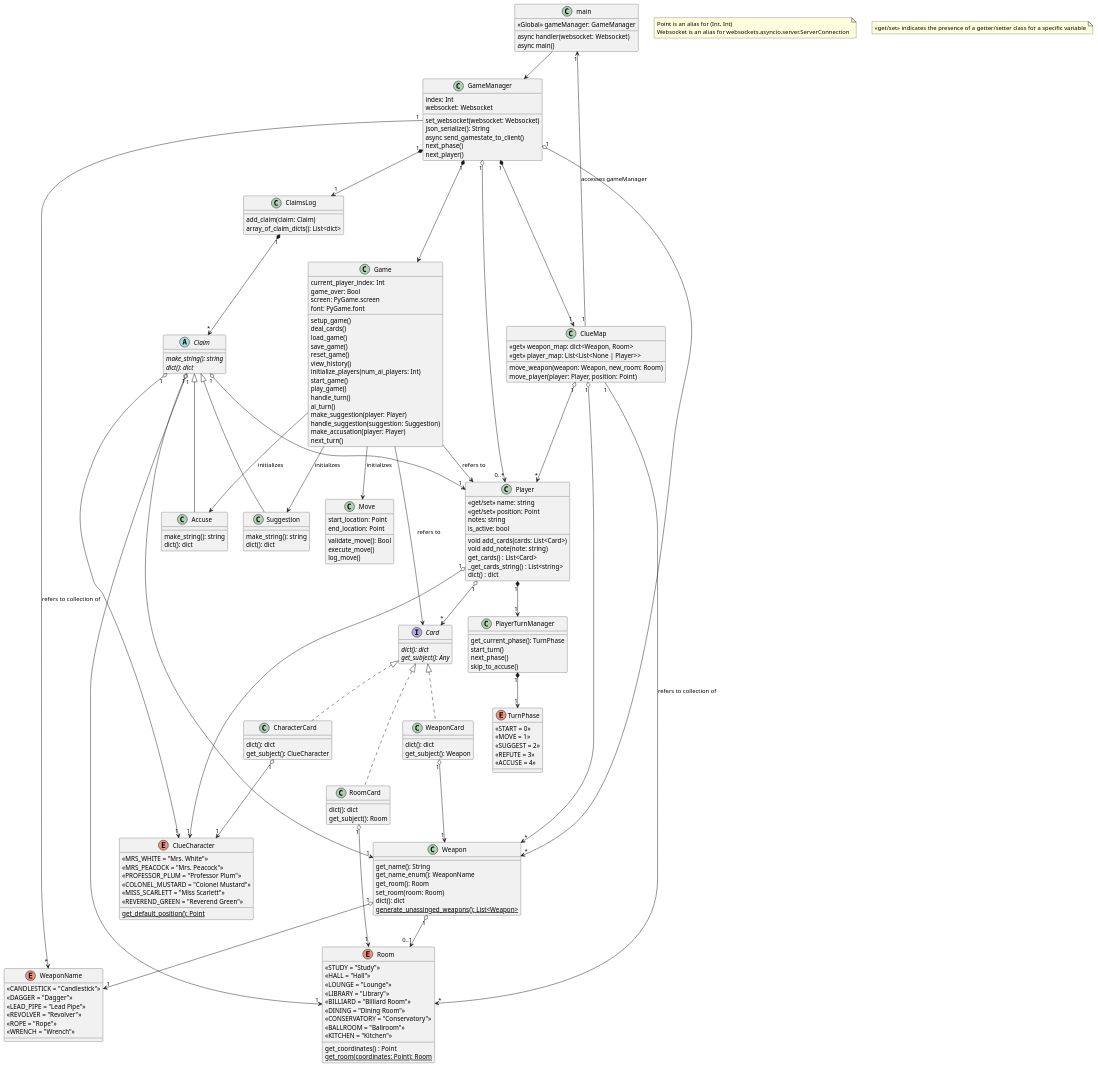
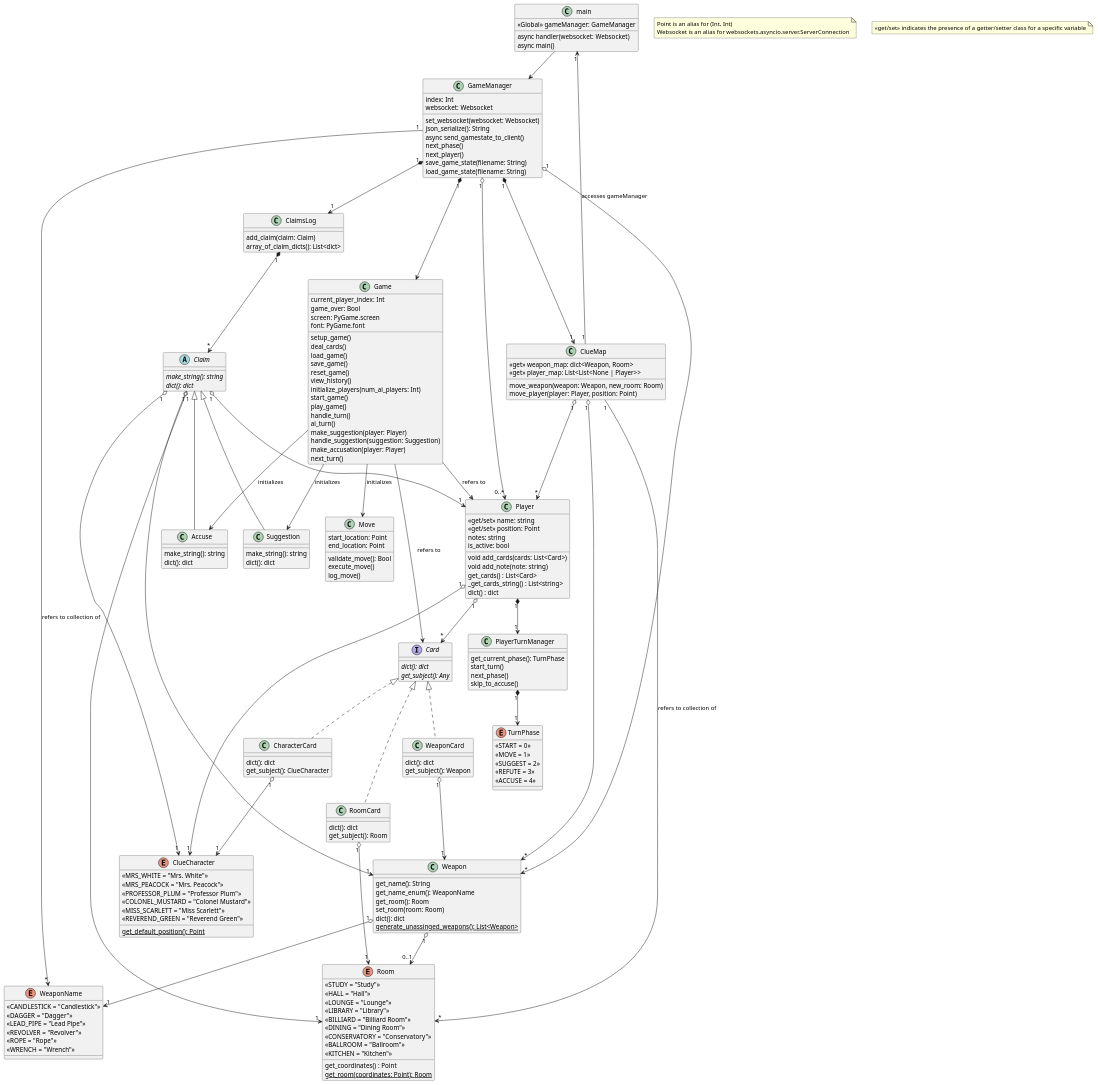
Before and after one commit to jfiorin1/clue-game-server: the diagram in uml diagrams/clue-less.puml, drawn with PlantUML.

```diff
--- a/uml diagrams/clue-less.puml
+++ b/uml diagrams/clue-less.puml
@@ -17,6 +17,8 @@
     async send_gamestate_to_client()
     next_phase()
     next_player()
+    save_game_state(filename: String)
+    load_game_state(filename: String)
 }
 
 GameManager "1" o--> "0..*" Player
```
